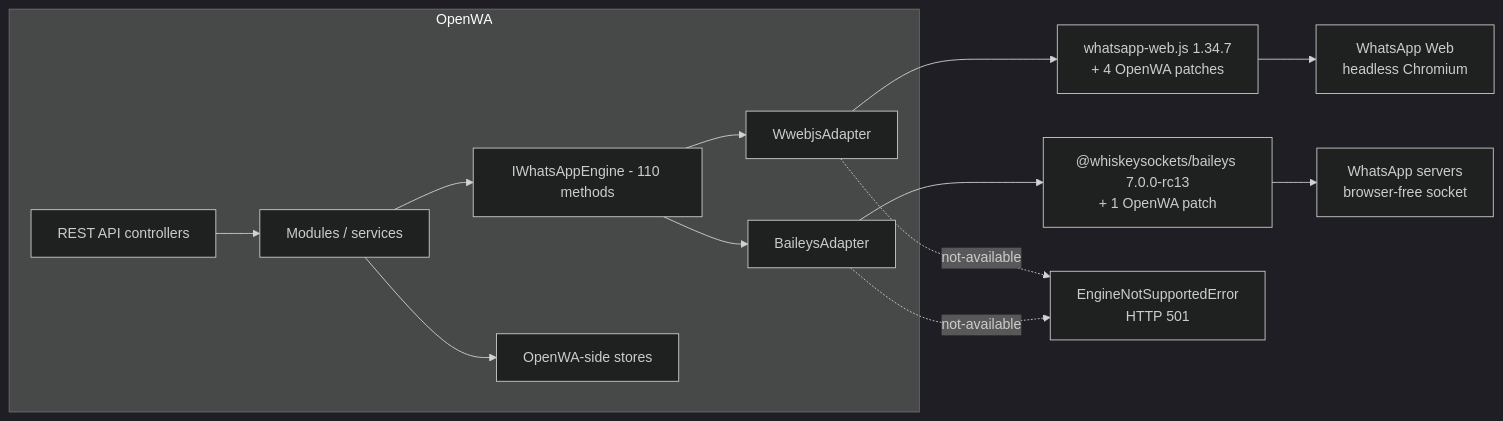
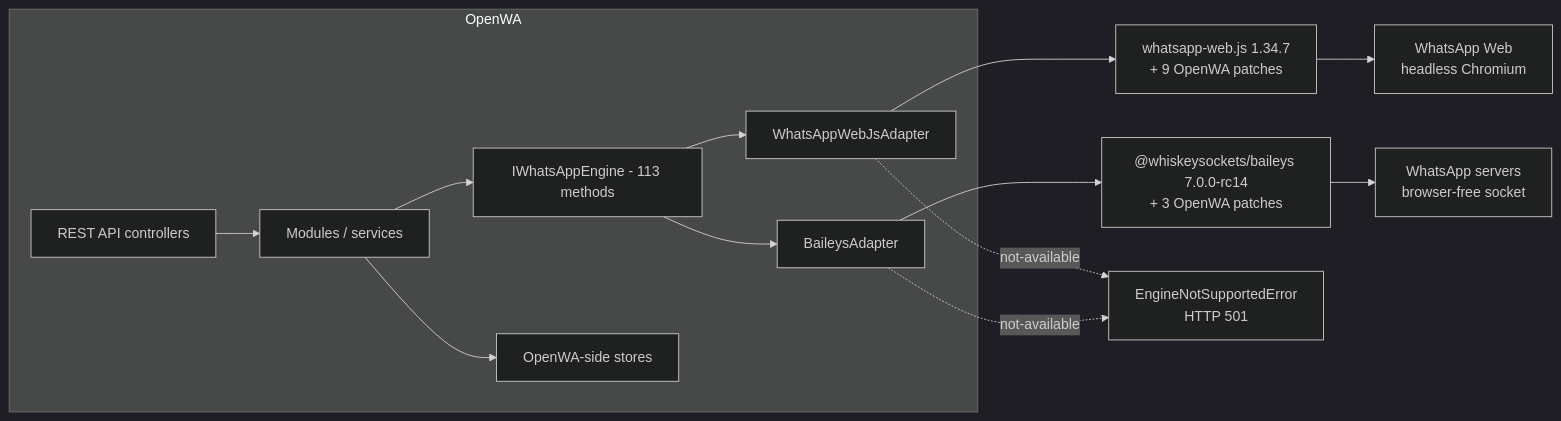
The first of 2 diagrams in ventiq_admin_app/docs_wapi/29-engine-capability-matrix.md (Carnaval-Team/VentIQ-seller-App), drawn with Mermaid (dark theme) before and after one commit. The commit also changed other lines of this file and 65 other files, not shown here.

````diff
--- a/ventiq_admin_app/docs_wapi/29-engine-capability-matrix.md
+++ b/ventiq_admin_app/docs_wapi/29-engine-capability-matrix.md
@@ -42,16 +44,16 @@
 ```mermaid
 flowchart LR
     subgraph OpenWA["OpenWA"]
         API["REST API controllers"] --> SVC["Modules / services"]
-        SVC --> IF["IWhatsAppEngine - 110 methods"]
-        IF --> WA["WwebjsAdapter"]
+        SVC --> IF["IWhatsAppEngine - 113 methods"]
+        IF --> WA["WhatsAppWebJsAdapter"]
         IF --> BA["BaileysAdapter"]
         SVC --> STORE["OpenWA-side stores"]
     end
-    WA --> WLIB["whatsapp-web.js 1.34.7<br/>+ 4 OpenWA patches"]
-    BA --> BLIB["@whiskeysockets/baileys 7.0.0-rc13<br/>+ 1 OpenWA patch"]
+    WA --> WLIB["whatsapp-web.js 1.34.7<br/>+ 9 OpenWA patches"]
+    BA --> BLIB["@whiskeysockets/baileys 7.0.0-rc14<br/>+ 3 OpenWA patches"]
     WLIB --> WEB["WhatsApp Web<br/>headless Chromium"]
     BLIB --> WAS["WhatsApp servers<br/>browser-free socket"]
     WA -.->|"not-available"| E["EngineNotSupportedError<br/>HTTP 501"]
     BA -.->|"not-available"| E
 ```
````
